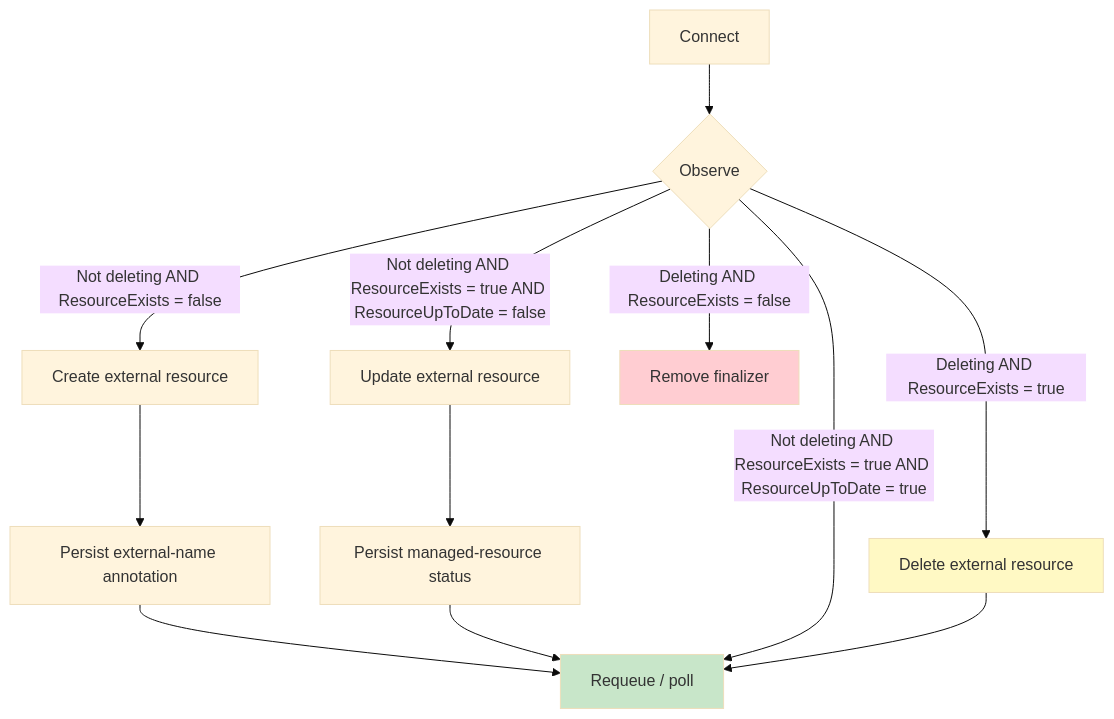
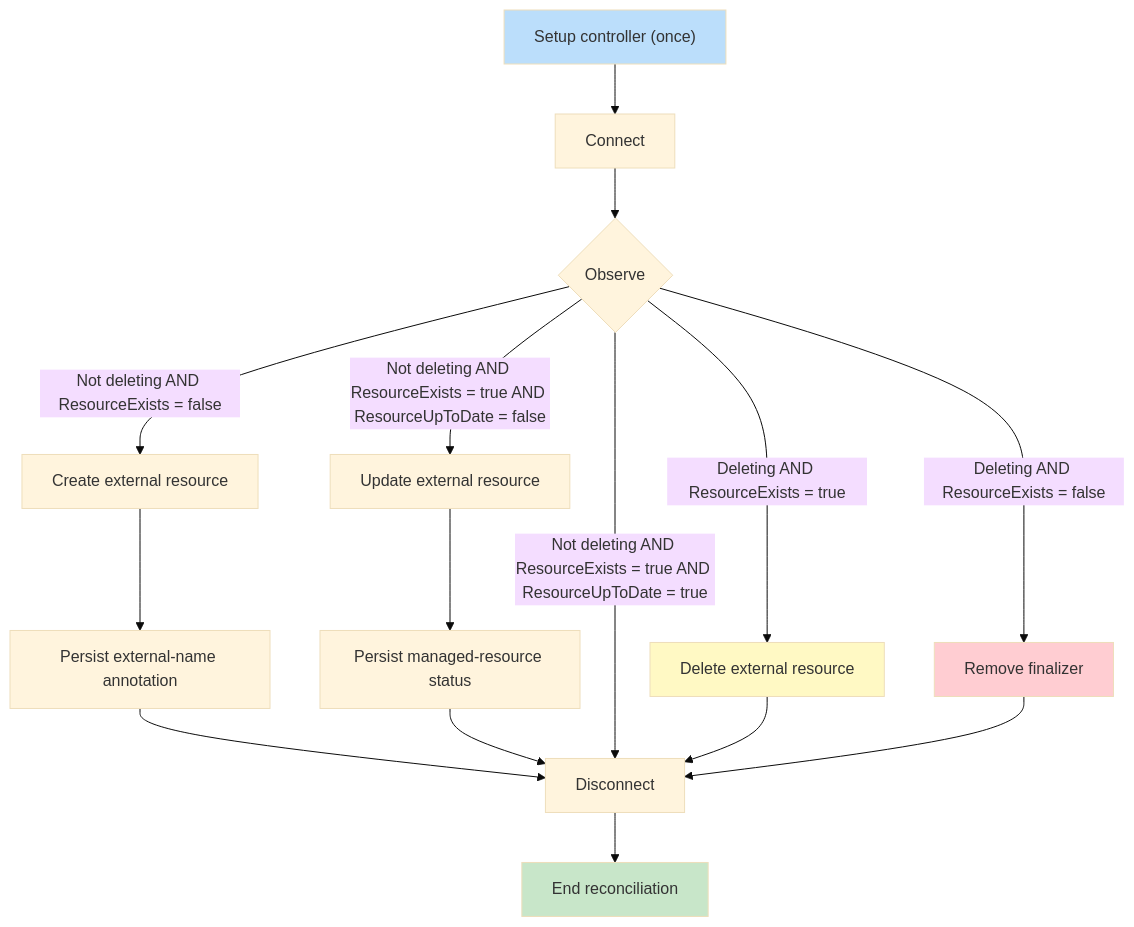
Before and after one commit to brunoluiz/brunoluiz.github.io: the diagram in content/blog/2026/jun/crossplane-providers/index.md, drawn with Mermaid (base theme).

Commit message:
docs: update diagram

````diff
--- a/content/blog/2026/jun/crossplane-providers/index.md
+++ b/content/blog/2026/jun/crossplane-providers/index.md
@@ -45,22 +45,27 @@
 ```mermaid
 flowchart TD
+    Setup["Setup controller (once)"] --> Connect["Connect"]
     Connect --> Observe{"Observe"}
 
     Observe -- "Not deleting AND ResourceExists = false" --> Create["Create external resource"]
     Create --> CreateName["Persist external-name annotation"]
-    CreateName --> End["Requeue / poll"]
+    CreateName --> Disconnect["Disconnect"]
 
     Observe -- "Not deleting AND ResourceExists = true AND ResourceUpToDate = false" --> Update["Update external resource"]
     Update --> UpdateStatus["Persist managed-resource status"]
-    UpdateStatus --> End
+    UpdateStatus --> Disconnect
 
-    Observe -- "Not deleting AND ResourceExists = true AND ResourceUpToDate = true" --> End
+    Observe -- "Not deleting AND ResourceExists = true AND ResourceUpToDate = true" --> Disconnect
 
     Observe -- "Deleting AND ResourceExists = true" --> Delete["Delete external resource"]
-    Delete --> End
+    Delete --> Disconnect
     Observe -- "Deleting AND ResourceExists = false" --> Removed["Remove finalizer"]
+    Removed --> Disconnect
 
+    Disconnect --> End["End reconciliation"]
+
+    style Setup fill:#BBDEFB
     style End fill:#C8E6C9
     style Delete fill:#FFF9C4
     style Removed fill:#FFCDD2
 ```
````
